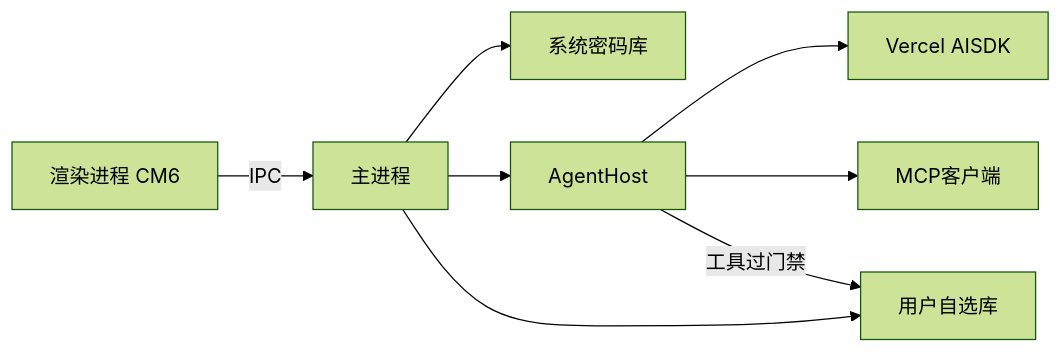
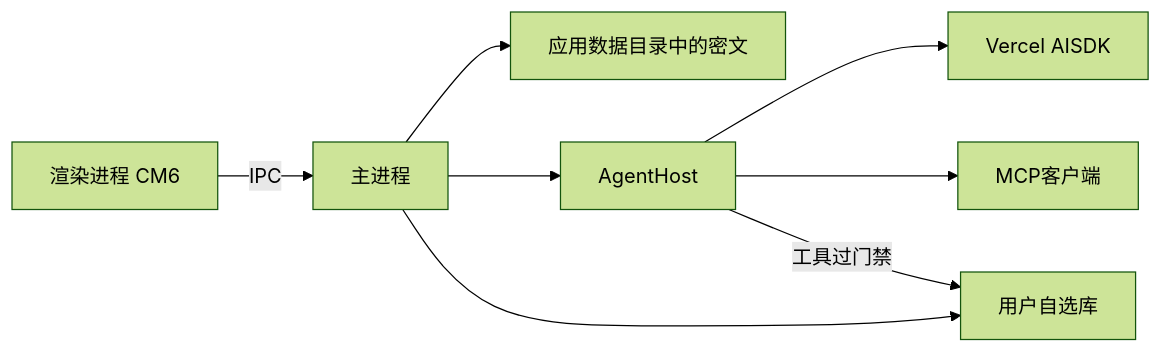
One commit to skahanium/Rgent changed the first of 2 diagrams in docs/architecture.md. Above: the diagram before and after it, drawn with Mermaid (forest theme). The commit also changed other lines of this file and 27 other files, not shown here.

````diff
--- a/docs/architecture.md
+++ b/docs/architecture.md
@@ -7,18 +9,18 @@
 ```mermaid
 flowchart LR
   Renderer[渲染进程 CM6]
   Main[主进程]
   Host[AgentHost]
   SDK[Vercel AISDK]
   MCP[MCP客户端]
   Vault[用户自选库]
-  Keys[系统密码库]
+  Keys[应用数据目录中的密文]
 
   Renderer -->|IPC| Main
   Main --> Keys
   Main --> Host
   Host --> SDK
   Host --> MCP
   Main --> Vault
   Host -->|工具过门禁| Vault
 ```
````
